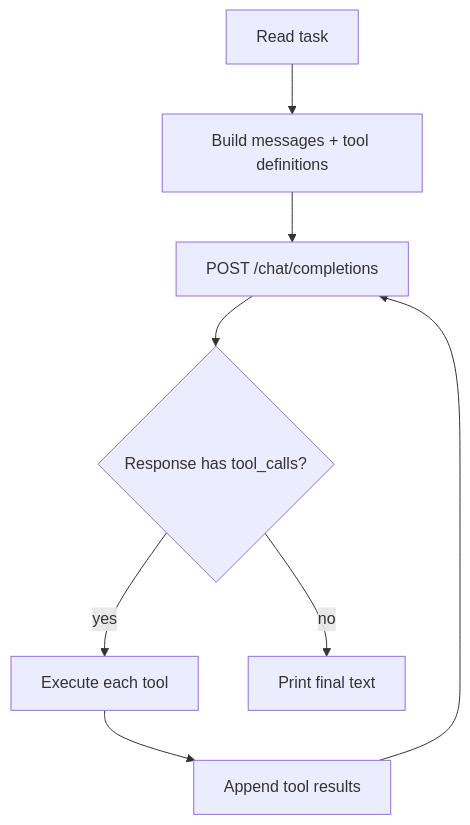
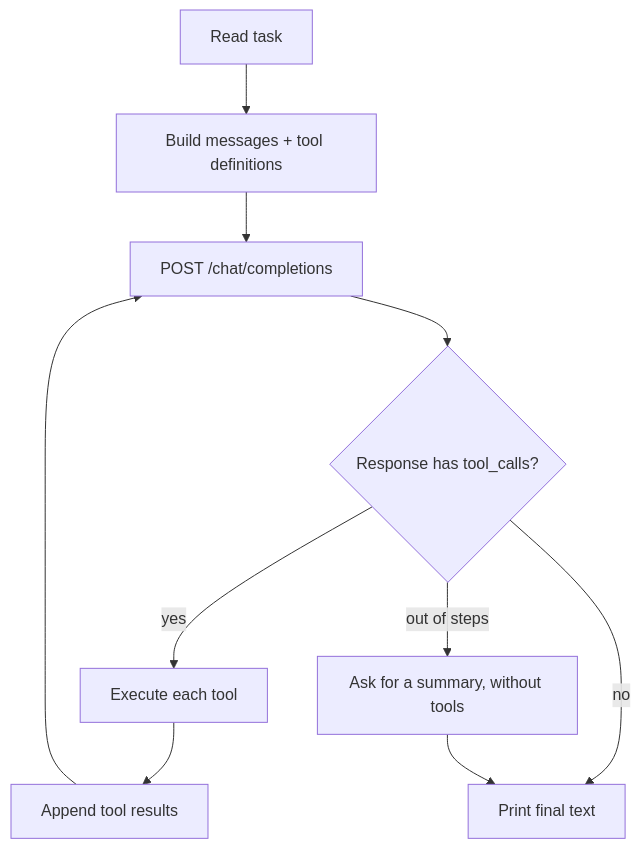
The diagram in README.md (xmeadow/igor), drawn with Mermaid before and after one commit. The commit also changed other lines of this file and 1 other file, not shown here.

First line of the commit message:
End a run with a summary instead of stopping silently

````diff
--- a/README.md
+++ b/README.md
@@ -83,10 +83,12 @@
 ```mermaid
 flowchart TD
     A[Read task] --> B[Build messages + tool definitions]
     B --> C[POST /chat/completions]
     C --> D{Response has tool_calls?}
     D -- yes --> E[Execute each tool]
     E --> F[Append tool results]
     F --> C
     D -- no --> G[Print final text]
+    D -- out of steps --> H[Ask for a summary, without tools]
+    H --> G
 ```
````
